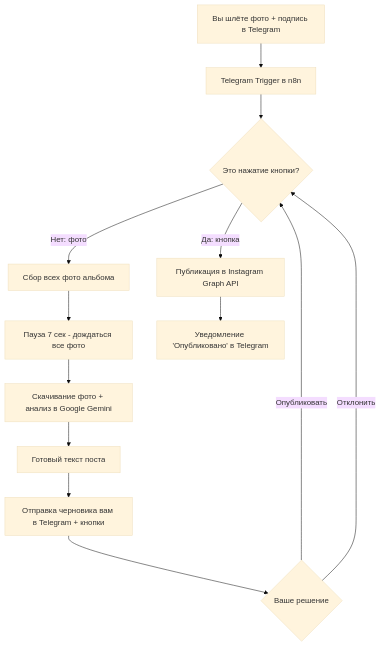
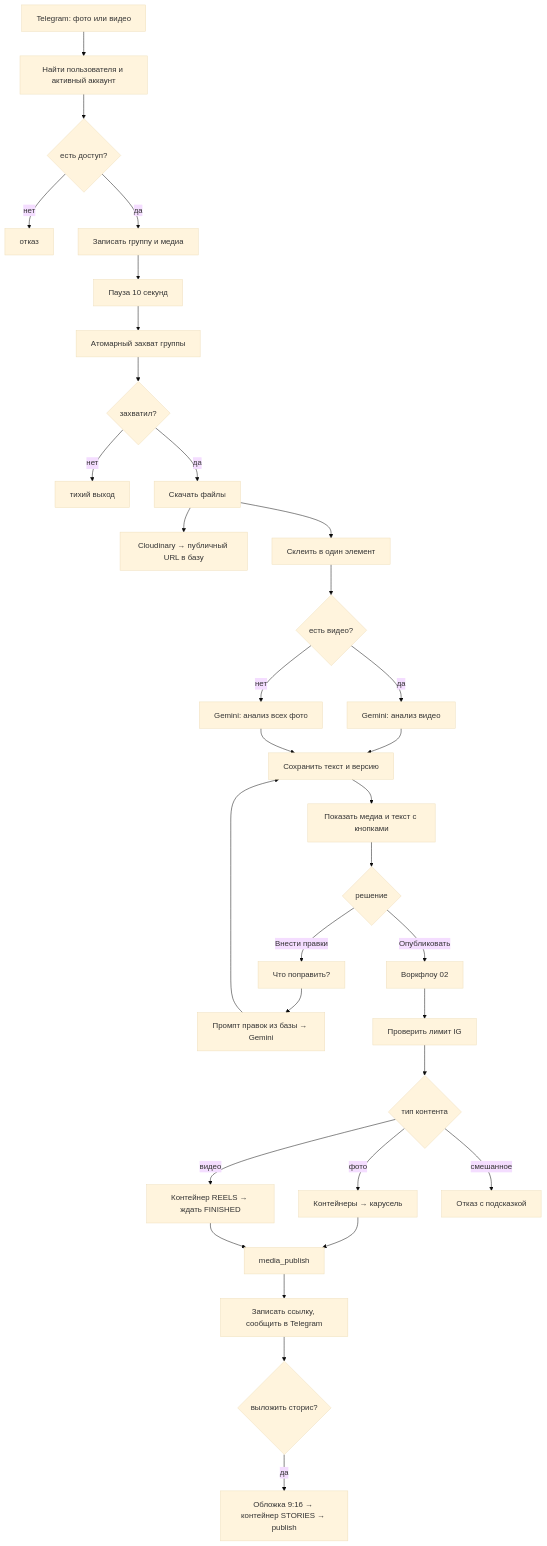
Before and after one commit to ShakurAlive/n8n-ai-workflow: the diagram in README.md, drawn with Mermaid (base theme). The commit also changed other lines of this file and 14 other files, not shown here.

````diff
--- a/README.md
+++ b/README.md
@@ -13,15 +165,34 @@
 ```mermaid
 flowchart TD
-    A[Вы шлёте фото + подпись в Telegram] --> B[Telegram Trigger в n8n]
-    B --> C{Это нажатие кнопки?}
-    C -- Нет: фото --> D[Сбор всех фото альбома]
-    D --> E[Пауза 7 сек - дождаться все фото]
-    E --> F[Скачивание фото + анализ в Google Gemini]
-    F --> G[Готовый текст поста]
-    G --> H[Отправка черновика вам в Telegram + кнопки]
-    H --> I{Ваше решение}
-    I -- Опубликовать --> C
-    C -- Да: кнопка --> J[Публикация в Instagram Graph API]
-    J --> K[Уведомление 'Опубликовано' в Telegram]
-    I -- Отклонить --> C
+  A[Telegram: фото или видео] --> B[Найти пользователя и активный аккаунт]
+  B --> C{есть доступ?}
+  C -->|нет| Z[отказ]
+  C -->|да| D[Записать группу и медиа]
+  D --> E[Пауза 10 секунд]
+  E --> F[Атомарный захват группы]
+  F --> G{захватил?}
+  G -->|нет| Y[тихий выход]
+  G -->|да| H[Скачать файлы]
+  H --> I[Cloudinary → публичный URL в базу]
+  H --> J[Склеить в один элемент]
+  J --> K{есть видео?}
+  K -->|да| K1[Gemini: анализ видео]
+  K -->|нет| K2[Gemini: анализ всех фото]
+  K1 --> L[Сохранить текст и версию]
+  K2 --> L
+  L --> M[Показать медиа и текст с кнопками]
+  M --> N{решение}
+  N -->|Внести правки| O[Что поправить?]
+  O --> P[Промпт правок из базы → Gemini] --> L
+  N -->|Опубликовать| Q[Воркфлоу 02]
+  Q --> R[Проверить лимит IG]
+  R --> S{тип контента}
+  S -->|фото| S1[Контейнеры → карусель]
+  S -->|видео| S2[Контейнер REELS → ждать FINISHED]
+  S -->|смешанное| S3[Отказ с подсказкой]
+  S1 --> T[media_publish]
+  S2 --> T
+  T --> U[Записать ссылку, сообщить в Telegram]
+  U --> V{выложить сторис?}
+  V -->|да| W[Обложка 9:16 → контейнер STORIES → publish]
 ```
````
